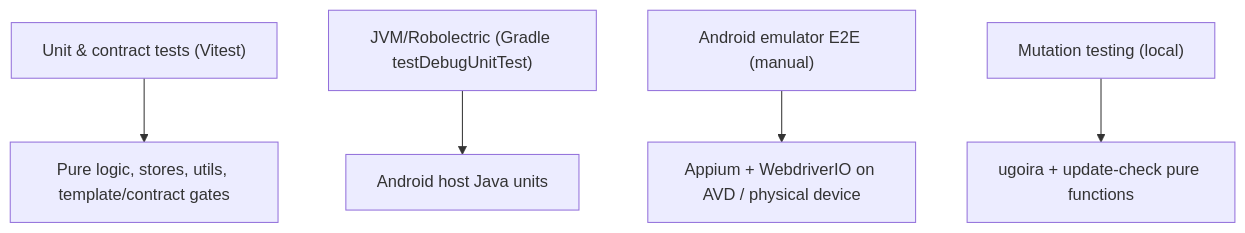
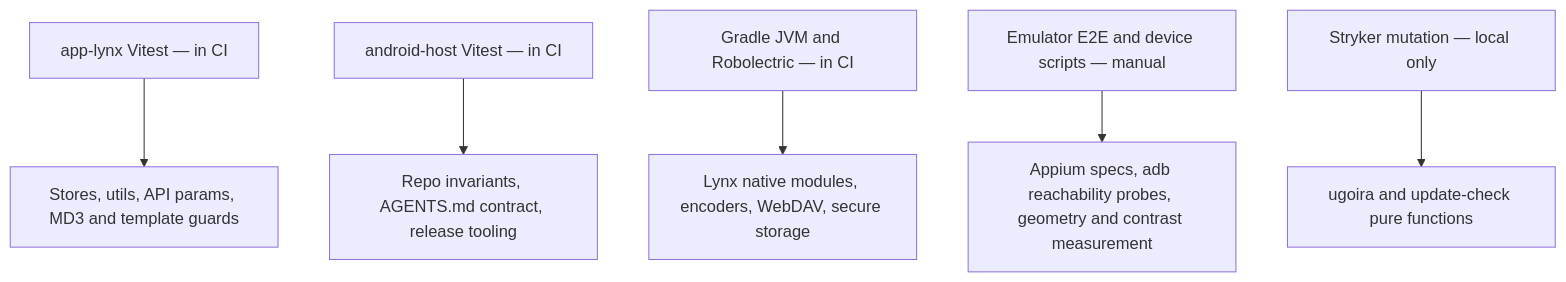
One commit to a1121611810/Pictelio changed the diagram in openwiki/testing/overview.md. Above: the diagram before and after it, drawn with Mermaid. The commit also changed other lines of this file and 33 other files, not shown here.

````diff
--- a/openwiki/testing/overview.md
+++ b/openwiki/testing/overview.md
@@ -78,7 +120,8 @@
 ```mermaid
 flowchart TD
-    U["Unit & contract tests (Vitest)"] --> S["Pure logic, stores, utils, template/contract gates"]
-    J["JVM/Robolectric (Gradle testDebugUnitTest)"] --> JAVA["Android host Java units"]
-    E["Android emulator E2E (manual)"] --> EMU["Appium + WebdriverIO on AVD / physical device"]
-    M["Mutation testing (local)"] --> PURE["ugoira + update-check pure functions"]
+    A["app-lynx Vitest — in CI"] --> A1["Stores, utils, API params, MD3 and template guards"]
+    B["android-host Vitest — in CI"] --> B1["Repo invariants, AGENTS.md contract, release tooling"]
+    C["Gradle JVM and Robolectric — in CI"] --> C1["Lynx native modules, encoders, WebDAV, secure storage"]
+    D["Emulator E2E and device scripts — manual"] --> D1["Appium specs, adb reachability probes, geometry and contrast measurement"]
+    E["Stryker mutation — local only"] --> E1["ugoira and update-check pure functions"]
 ```
````
